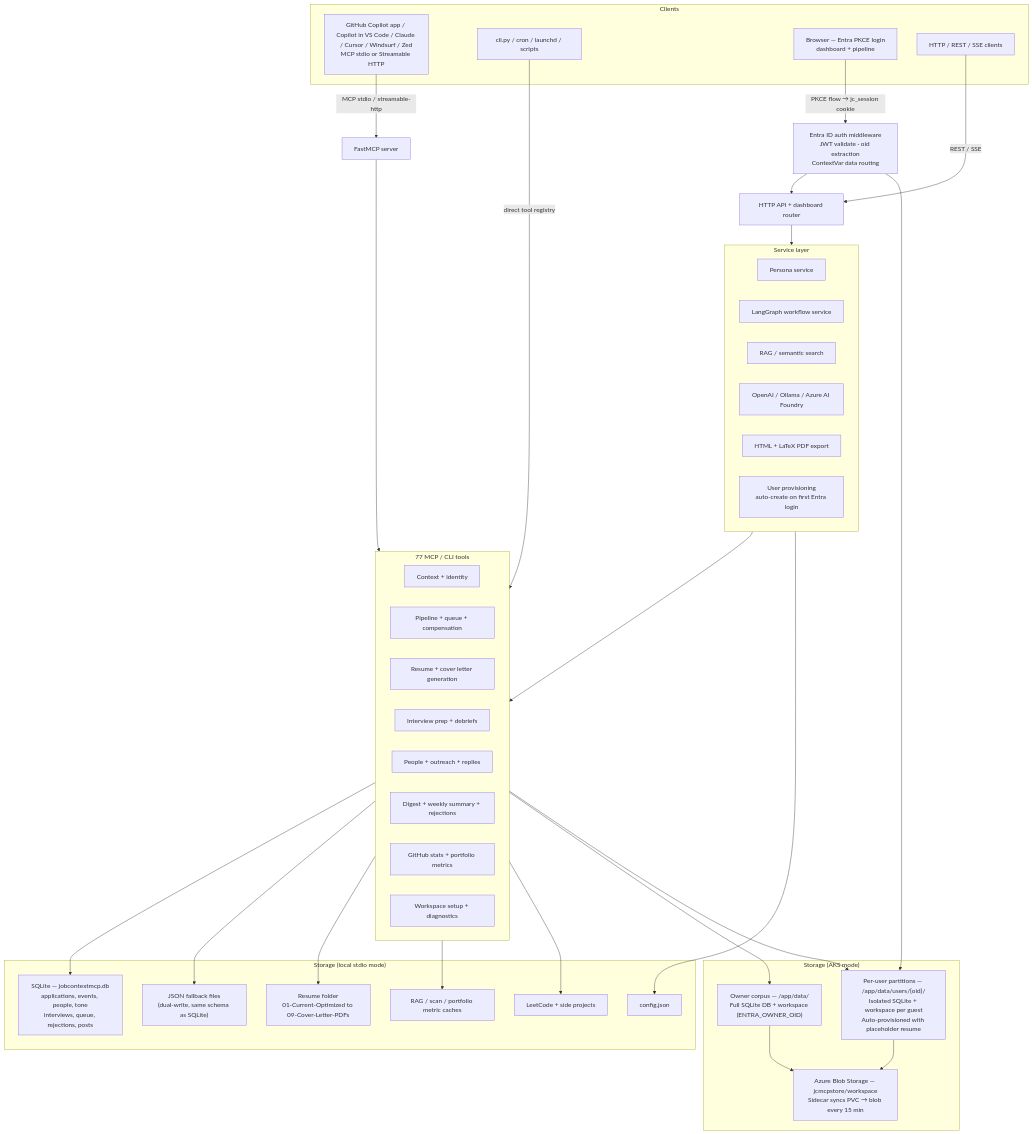
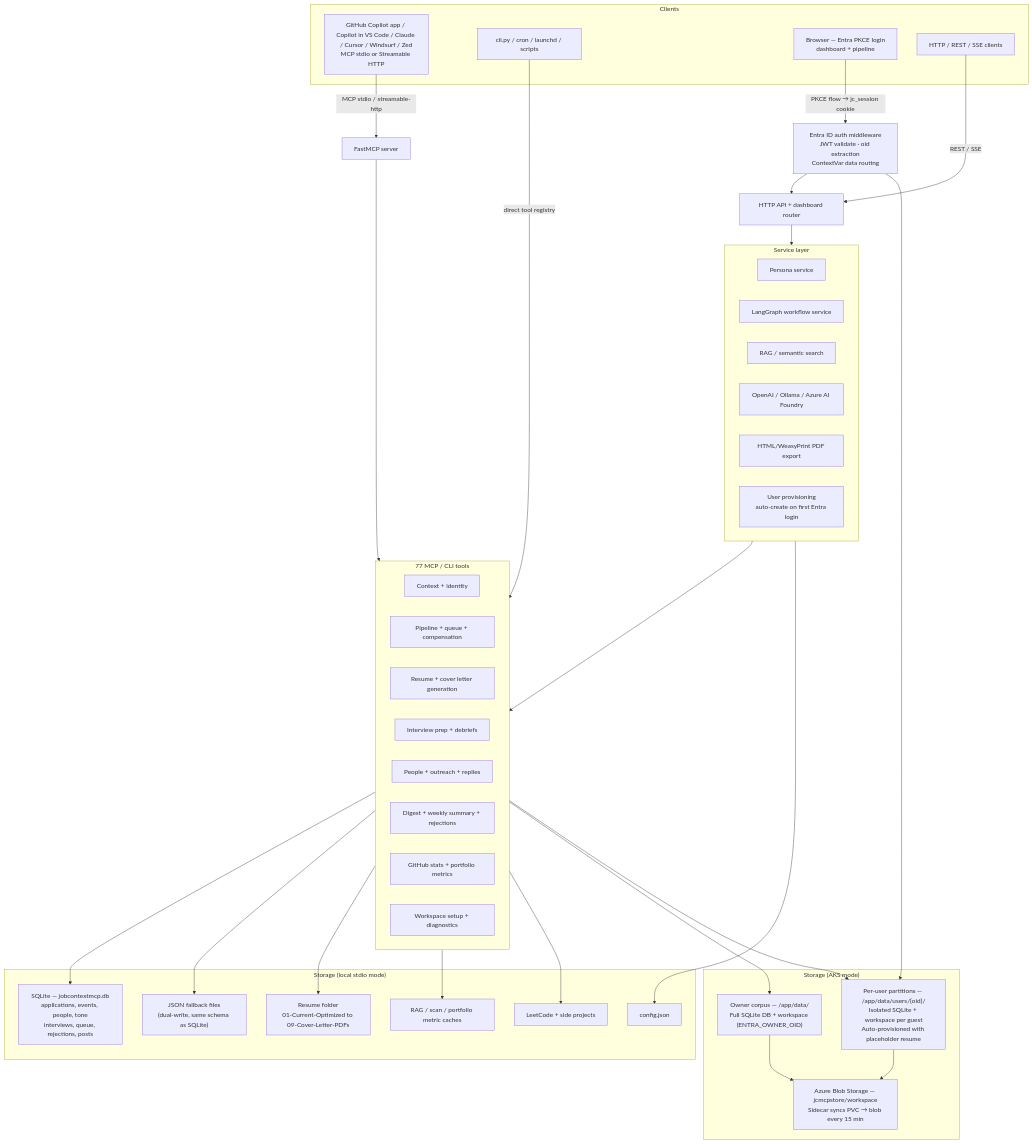
Before and after one commit to JustLikeFrank3/jobContextMCP: the first of 3 diagrams in README.md, drawn with Mermaid. The commit also changed other lines of this file and 3 other files, not shown here.

````diff
--- a/README.md
+++ b/README.md
@@ -118,66 +113,66 @@
 ```mermaid
 graph TB
   subgraph CLIENTS["Clients"]
     COPILOT["GitHub Copilot app / Copilot in VS Code / Claude / Cursor / Windsurf / Zed\nMCP stdio or Streamable HTTP"]
     CLI["cli.py / cron / launchd / scripts"]
     DASH["Browser — Entra PKCE login\ndashboard + pipeline"]
     HTTPCLIENT["HTTP / REST / SSE clients"]
   end
 
   COPILOT -->|"MCP stdio / streamable-http"| MCP["FastMCP server"]
   CLI -->|"direct tool registry"| TOOLS
   DASH -->|"PKCE flow → jc_session cookie"| ENTRA["Entra ID auth middleware\nJWT validate · oid extraction\nContextVar data routing"]
   HTTPCLIENT -->|"REST / SSE"| HTTP["HTTP API + dashboard router"]
   ENTRA --> HTTP
 
   HTTP --> SERVICES
   MCP --> TOOLS
   SERVICES --> TOOLS
 
   subgraph SERVICES["Service layer"]
     PERSONA["Persona service"]
     WORKFLOW["LangGraph workflow service"]
     RAG["RAG / semantic search"]
     LLM["OpenAI / Ollama / Azure AI Foundry"]
-    PDF["HTML + LaTeX PDF export"]
+    PDF["HTML/WeasyPrint PDF export"]
     PROV["User provisioning\nauto-create on first Entra login"]
   end
 
   subgraph TOOLS["77 MCP / CLI tools"]
     CTX["Context + identity"]
     PIPE["Pipeline + queue + compensation"]
     DOCS["Resume + cover letter generation"]
     INTERVIEW["Interview prep + debriefs"]
     OUTREACH["People + outreach + replies"]
     ANALYTICS["Digest + weekly summary + rejections"]
     PORTFOLIO["GitHub stats + portfolio metrics"]
     SETUP["Workspace setup + diagnostics"]
   end
 
   subgraph FILES["Storage (local stdio mode)"]
     CONFIG["config.json"]
     SQLITE["SQLite — jobcontextmcp.db\napplications, events, people, tone\ninterviews, queue, rejections, posts"]
     DATA["JSON fallback files\n(dual-write, same schema as SQLite)"]
     MATERIALS["Resume folder\n01-Current-Optimized to 09-Cover-Letter-PDFs"]
     INDEX["RAG / scan / portfolio metric caches"]
     PROJECTS["LeetCode + side projects"]
   end
 
   subgraph AKS_FILES["Storage (AKS mode)"]
     AKS_OWNER["Owner corpus — /app/data/\nFull SQLite DB + workspace (ENTRA_OWNER_OID)"]
     AKS_USERS["Per-user partitions — /app/data/users/{oid}/\nIsolated SQLite + workspace per guest\nAuto-provisioned with placeholder resume"]
     BLOB["Azure Blob Storage — jcmcpstore/workspace\nSidecar syncs PVC → blob every 15 min"]
   end
 
   SERVICES --> CONFIG
   TOOLS --> SQLITE
   TOOLS --> DATA
   TOOLS --> MATERIALS
   TOOLS --> INDEX
   TOOLS --> PROJECTS
   TOOLS --> AKS_OWNER
   TOOLS --> AKS_USERS
   ENTRA --> AKS_USERS
   AKS_OWNER --> BLOB
   AKS_USERS --> BLOB
 ```
````
